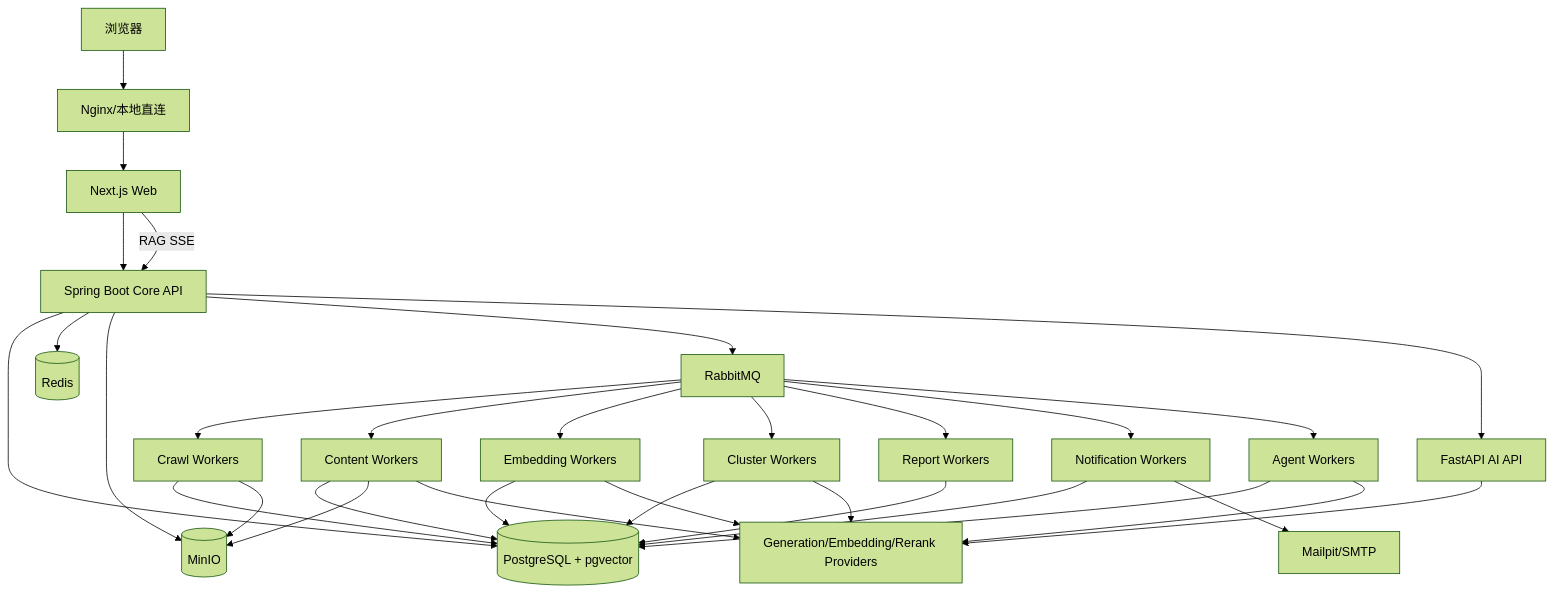
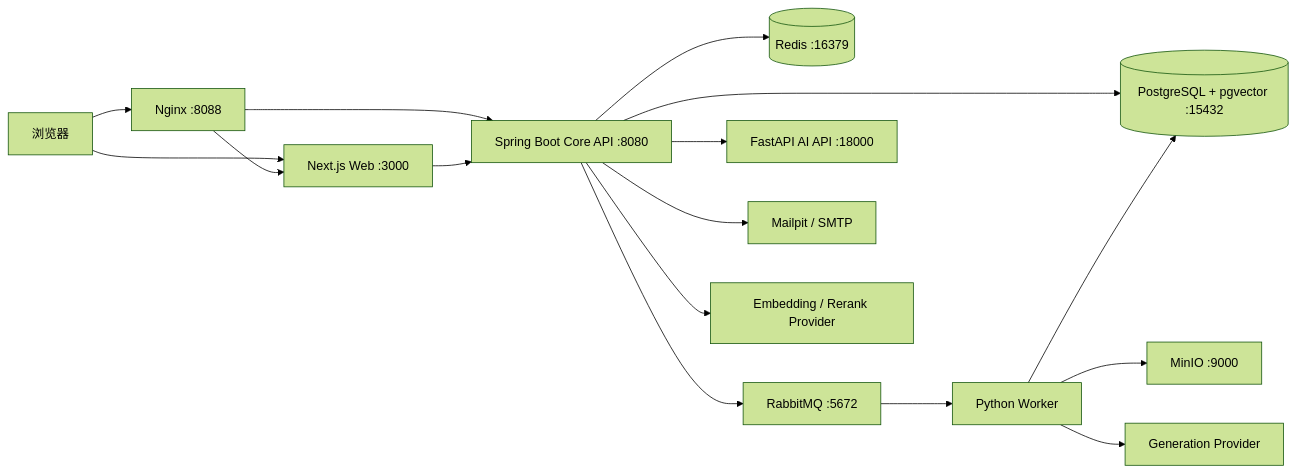
Before and after one commit to linruibang19-home/AI-Hotspot: the diagram in AI Hotspot 项目方案/04 系统架构设计/系统总体架构.md, drawn with Mermaid (forest theme). The commit also changed other lines of this file and 23 other files, not shown here.

````diff
--- a/AI Hotspot 项目方案/04 系统架构设计/系统总体架构.md
+++ b/AI Hotspot 项目方案/04 系统架构设计/系统总体架构.md
@@ -18,34 +21,20 @@
 ```mermaid
-flowchart TB
-    U[浏览器] --> N[Nginx/本地直连]
-    N --> W[Next.js Web]
-    W --> C[Spring Boot Core API]
-    W -->|RAG SSE| C
-    C --> P[(PostgreSQL + pgvector)]
-    C --> R[(Redis)]
-    C --> M[(MinIO)]
-    C --> Q[RabbitMQ]
-    C --> A[FastAPI AI API]
-    Q --> CW[Crawl Workers]
-    Q --> PW[Content Workers]
-    Q --> EW[Embedding Workers]
-    Q --> CLW[Cluster Workers]
-    Q --> RW[Report Workers]
-    Q --> NW[Notification Workers]
-    Q --> AW[Agent Workers]
-    CW --> P
-    PW --> P
-    EW --> P
-    CLW --> P
-    RW --> P
-    NW --> P
-    AW --> P
-    CW --> M
-    PW --> M
-    A --> LLM[Generation/Embedding/Rerank Providers]
-    PW --> LLM
-    EW --> LLM
-    CLW --> LLM
-    AW --> LLM
-    NW --> SMTP[Mailpit/SMTP]
+flowchart LR
+    B["浏览器"] --> N["Nginx :8088"]
+    B --> W["Next.js Web :3000"]
+    N --> W
+    N --> C["Spring Boot Core API :8080"]
+    W --> C
+
+    C --> P[("PostgreSQL + pgvector :15432")]
+    C --> R[("Redis :16379")]
+    C --> Q["RabbitMQ :5672"]
+    C --> A["FastAPI AI API :18000"]
+    C --> MP["Mailpit / SMTP"]
+
+    Q --> WK["Python Worker"]
+    WK --> P
+    WK --> O["MinIO :9000"]
+    WK --> G["Generation Provider"]
+    C --> E["Embedding / Rerank Provider"]
 ```
````
